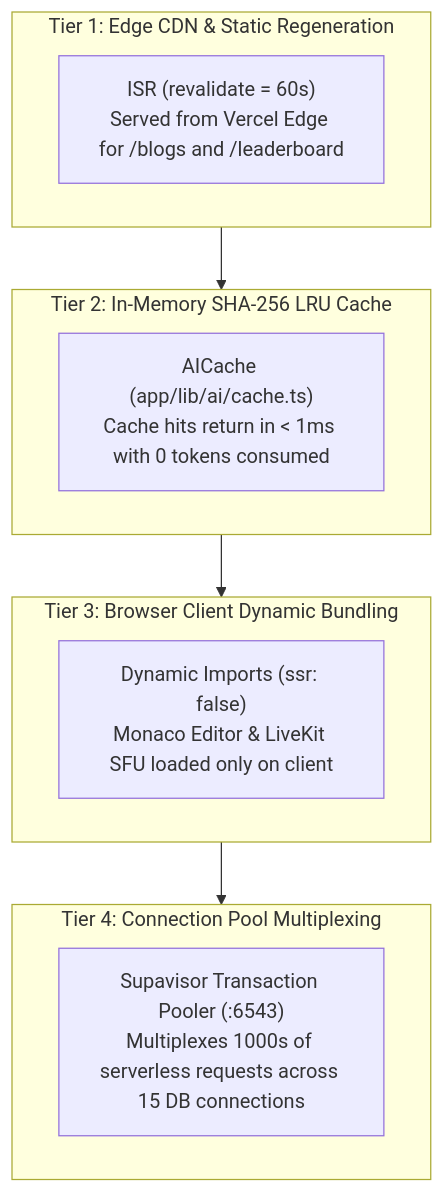
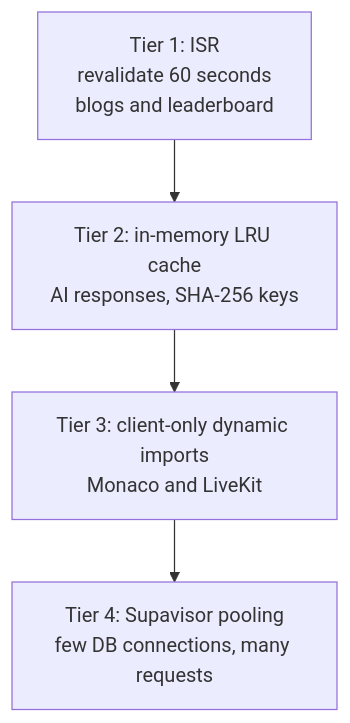
Before and after one commit to DevSars24/codeify: diagram 17 of 19 in README.md, drawn with Mermaid. The commit also changed other lines of this file, not shown here.

````diff
--- a/README.md
+++ b/README.md
@@ -781,20 +675,9 @@
 ```mermaid
-graph TD
-    subgraph Tier1 ["Tier 1: Edge CDN & Static Regeneration"]
-        T1_ISR["ISR (revalidate = 60s)\nServed from Vercel Edge for /blogs and /leaderboard"]
-    end
+flowchart TD
+    T1["Tier 1: ISR<br/>revalidate 60 seconds<br/>blogs and leaderboard"]
+    T2["Tier 2: in-memory LRU cache<br/>AI responses, SHA-256 keys"]
+    T3["Tier 3: client-only dynamic imports<br/>Monaco and LiveKit"]
+    T4["Tier 4: Supavisor pooling<br/>few DB connections, many requests"]
 
-    subgraph Tier2 ["Tier 2: In-Memory SHA-256 LRU Cache"]
-        T2_LRU["AICache (app/lib/ai/cache.ts)\nCache hits return in < 1ms with 0 tokens consumed"]
-    end
-
-    subgraph Tier3 ["Tier 3: Browser Client Dynamic Bundling"]
-        T3_Dynamic["Dynamic Imports (ssr: false)\nMonaco Editor & LiveKit SFU loaded only on client"]
-    end
-
-    subgraph Tier4 ["Tier 4: Connection Pool Multiplexing"]
-        T4_Supavisor["Supavisor Transaction Pooler (:6543)\nMultiplexes 1000s of serverless requests across 15 DB connections"]
-    end
-
-    Tier1 --> Tier2 --> Tier3 --> Tier4
+    T1 --> T2 --> T3 --> T4
 ```
````
